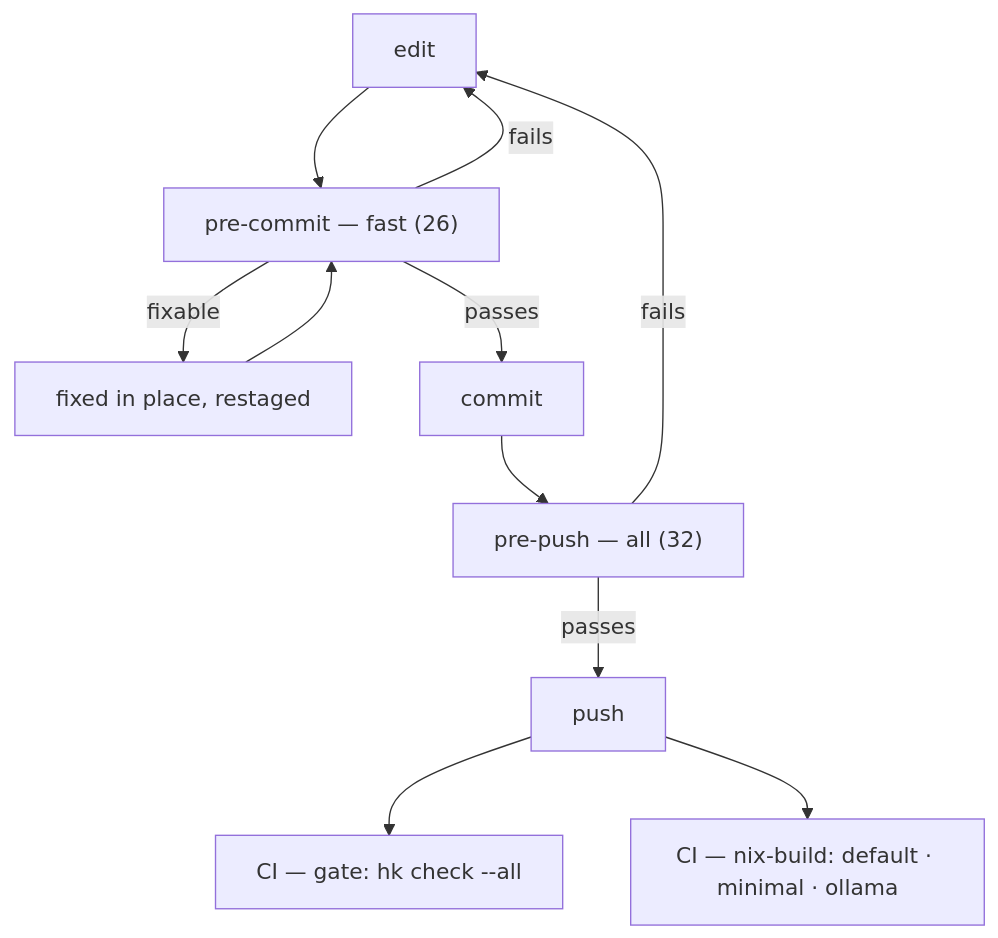
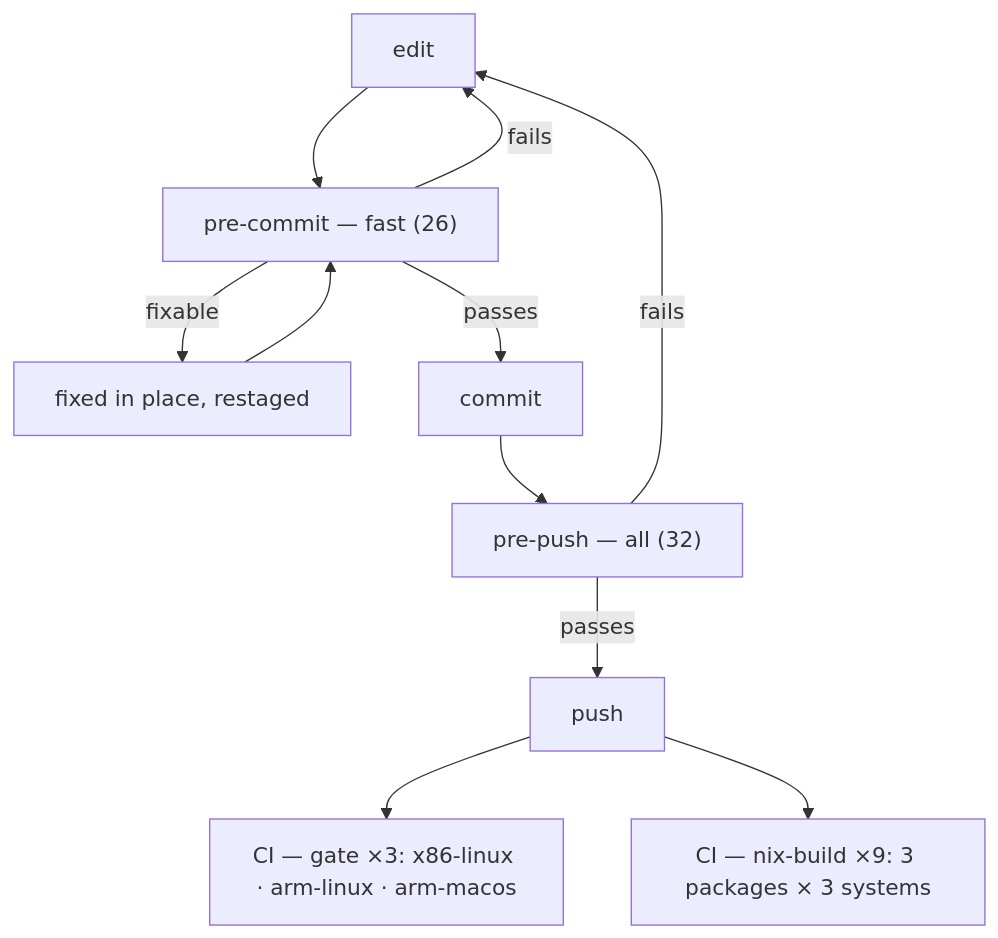
Before and after one commit to pr0d1r2/itok: the diagram in docs/INTEGRATION.md, drawn with Mermaid. The commit also changed other lines of this file and 4 other files, not shown here.

````diff
--- a/docs/INTEGRATION.md
+++ b/docs/INTEGRATION.md
@@ -51,13 +51,13 @@
 ```mermaid
 flowchart TD
     A["edit"] --> B["pre-commit — fast (26)"]
     B -->|fixable| B2["fixed in place, restaged"]
     B2 --> B
     B -->|fails| A
     B -->|passes| C["commit"]
     C --> D["pre-push — all (32)"]
     D -->|fails| A
     D -->|passes| E["push"]
-    E --> F["CI — gate: hk check --all"]
-    E --> G["CI — nix-build: default · minimal · ollama"]
+    E --> F["CI — gate ×3: x86-linux · arm-linux · arm-macos"]
+    E --> G["CI — nix-build ×9: 3 packages × 3 systems"]
 ```
````
